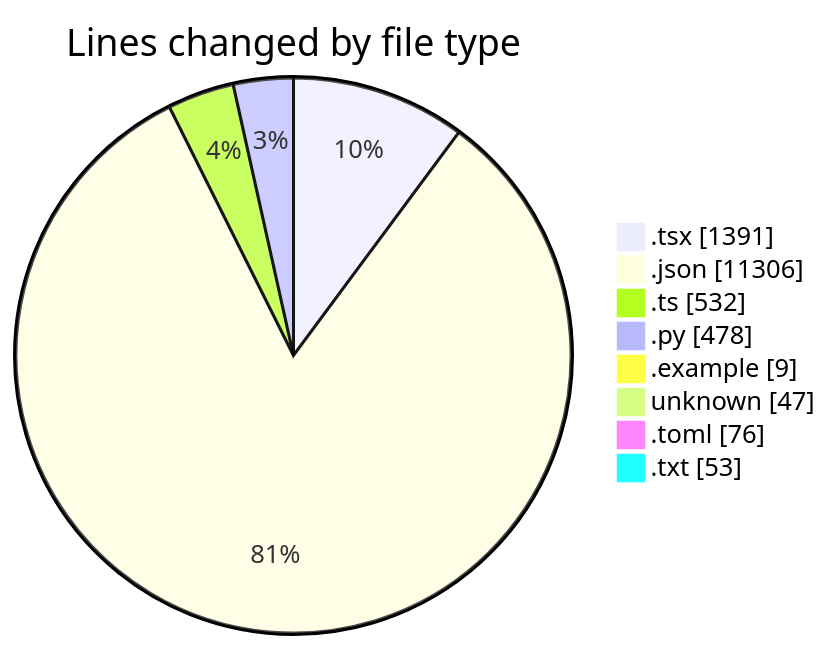
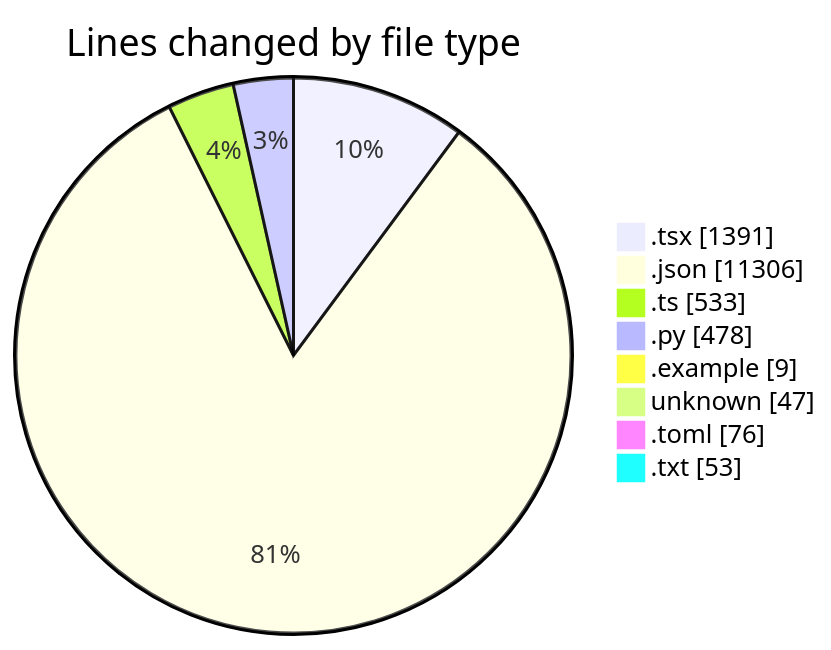
Before and after one commit to Elitesun/code-tracking: the first of 2 diagrams in 2025-04-30/niten/README.md, drawn with Mermaid. The commit also changed other lines of this file and 1 other file, not shown here.

````diff
--- a/2025-04-30/niten/README.md
+++ b/2025-04-30/niten/README.md
@@ -64,12 +64,12 @@
 ```mermaid
 pie showData
 title Lines changed by file type
 ".tsx" : 1391
 ".json" : 11306
-".ts" : 532
+".ts" : 533
 ".py" : 478
 ".example" : 9
 "unknown" : 47
 ".toml" : 76
 ".txt" : 53
 ```
````
